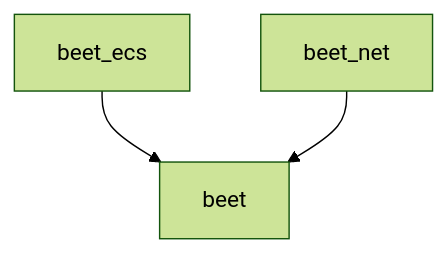
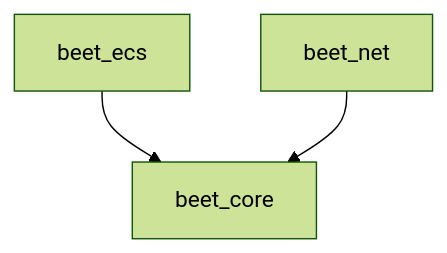
Before and after one commit to mrchantey/beet: the diagram in docs/src/misc/contributing.md, drawn with Mermaid (forest theme). The commit also changed other lines of this file and 10 other files, not shown here.

````diff
--- a/docs/src/misc/contributing.md
+++ b/docs/src/misc/contributing.md
@@ -6,5 +11,5 @@
 ```mermaid
 graph TB;
-    beet_ecs-->beet;
-		beet_net-->beet;
+    beet_ecs-->beet_core;
+		beet_net-->beet_core;
 ```
````
